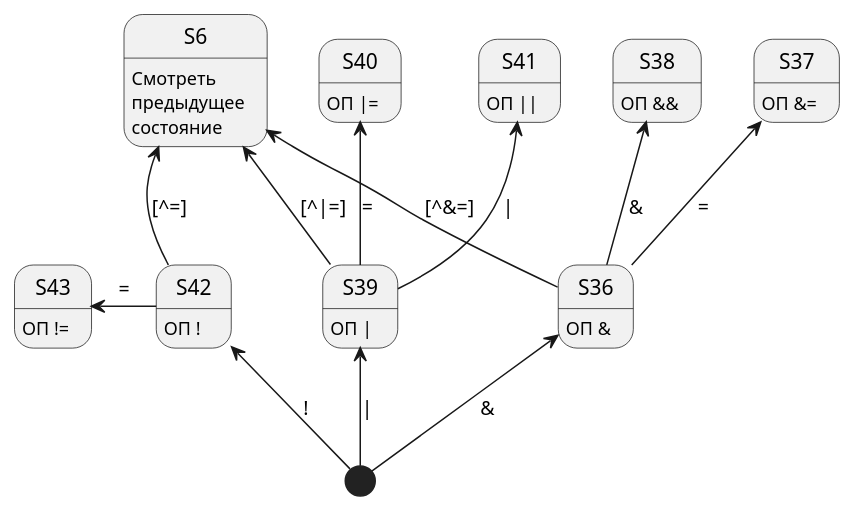
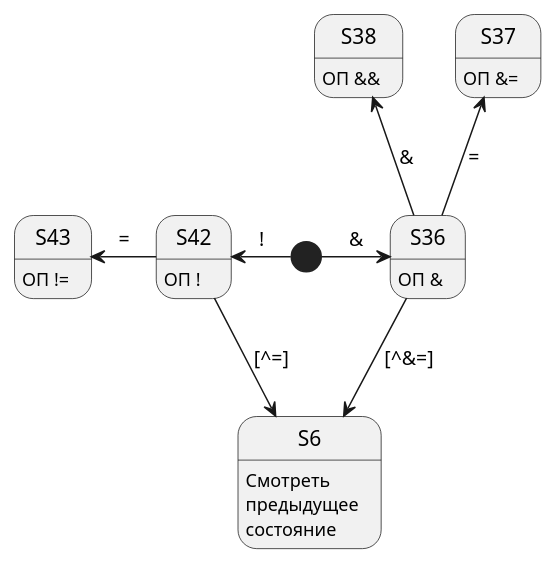
The diagram in Диаграмма состояния для ЛА/sd5.puml (vladimirlll/CSharpLexicalAnalyzer), drawn with PlantUML before and after one commit. The commit also changed 2 other files, not shown here.

Commit message:
Исправлены некоторые ошибки в диаграмме состояний - переходов

```diff
--- a/Диаграмма состояния для ЛА/sd5.puml
+++ b/Диаграмма состояния для ЛА/sd5.puml
@@ -1,27 +1,19 @@
 @startuml "sd5"
 
-[*] -up-> S36 : &
+[*] -right-> S36 : &
 S36 -up-> S37 : =
 S36 -up-> S38 : &
 S37 : ОП &=
 S36 : ОП &
 S38 : ОП &&
-S36 -up-> S6 : [^&=]
-
-[*] -up-> S39 : |
-S39 -up-> S41 : |
-S39 -up-> S40 : =
-S40 : ОП |=
-S41 : ОП ||
-S39 : ОП |
-S39 -up-> S6 : [^|=]
+S36 -down-> S6 : [^&=]
 
 [*] -left-> S42 : !
 S42 -left-> S43 : =
 S43 : ОП !=
 S42 : ОП !
-S42 -up-> S6 : [^=]
+S42 -down-> S6 : [^=]
 
 S6 : Смотреть\nпредыдущее\nсостояние
 
 @enduml
```
